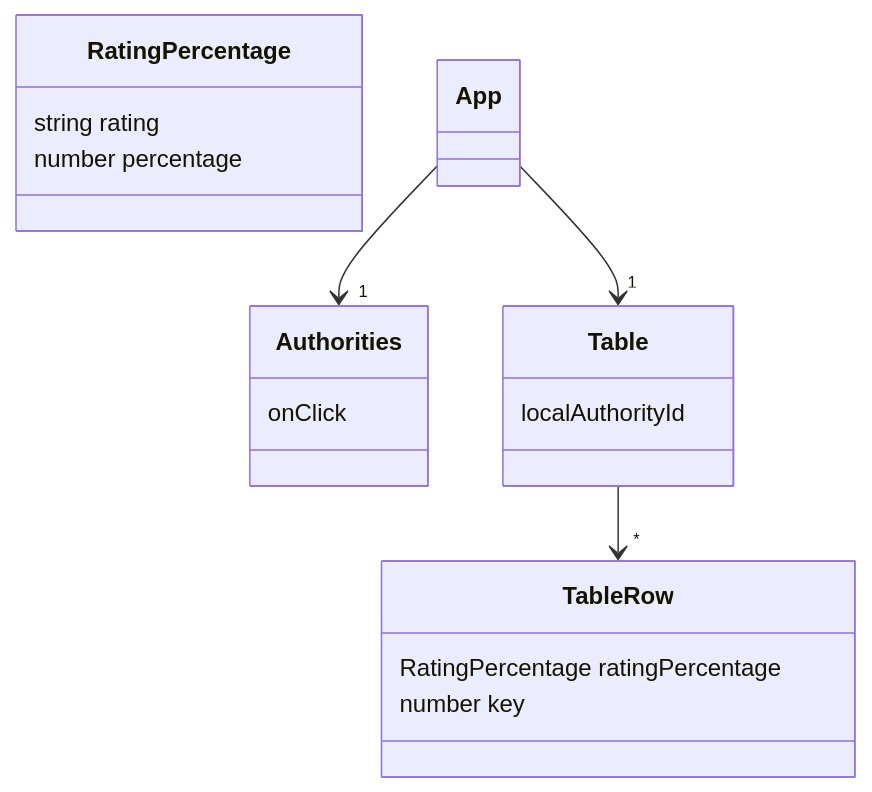
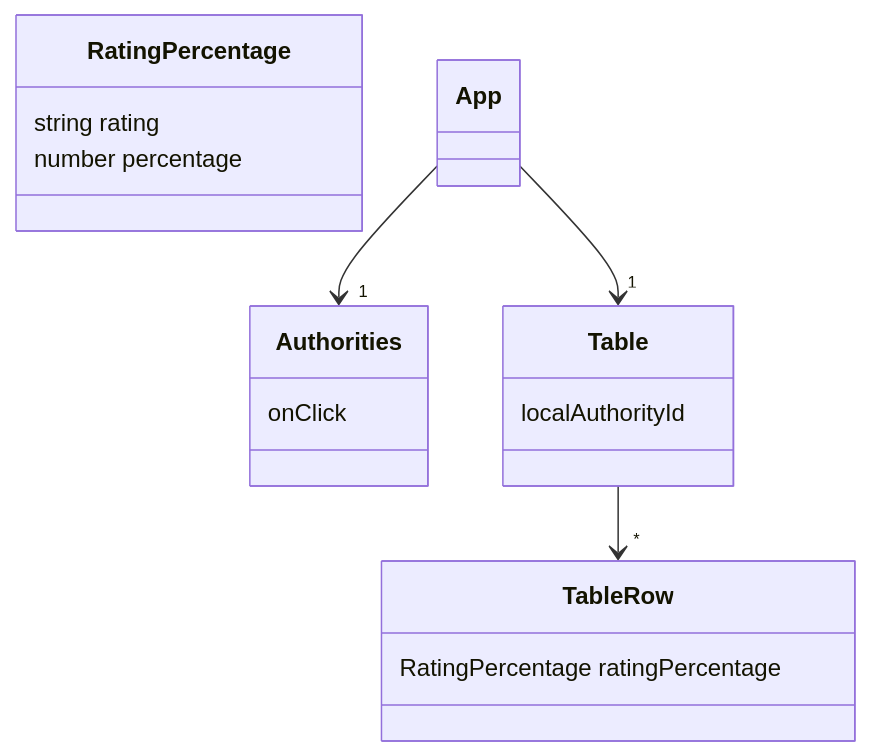
Before and after one commit to jg210/spring-experiments: the diagram in README.md, drawn with Mermaid. The commit also changed 2 other files, not shown here.

Commit message:
Move TableRow into own file, and fix key problems.

````diff
--- a/README.md
+++ b/README.md
@@ -16,22 +16,21 @@
 ```mermaid
 classDiagram
     %% Data Model
     class RatingPercentage {
        string rating
        number percentage
     }
     %% Components
     class Authorities {
          onClick
     }
     class Table {
         localAuthorityId
     }
     class TableRow {
         RatingPercentage ratingPercentage
-        number key
     }
     App --> "1" Authorities
     App --> "1" Table
     Table --> "*" TableRow
 ```
````
